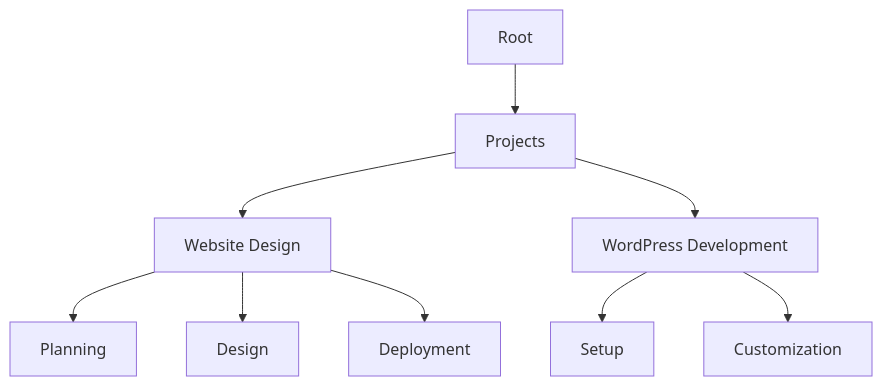
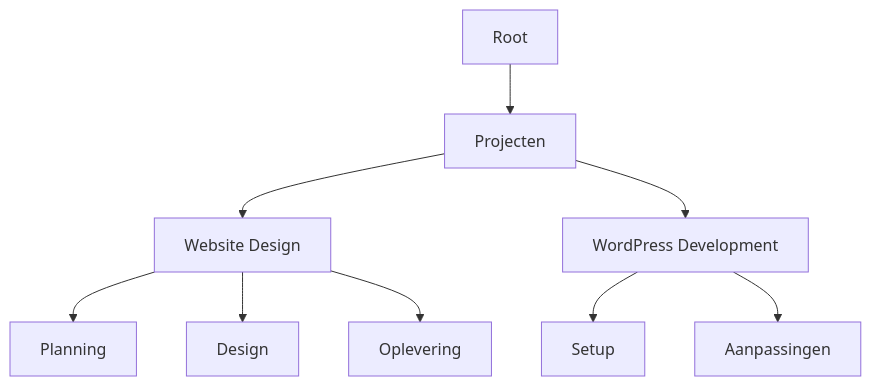
One commit to kayjilesen/documentationai-Docs changed the diagram in features.mdx. Above: the diagram before and after it, drawn with Mermaid. The commit also changed other lines of this file and 9 other files, not shown here.

````diff
--- a/features.mdx
+++ b/features.mdx
@@ -29,11 +29,11 @@
 ```mermaid
 graph TD
-    A[Root] --> B[Projects]
+    A[Root] --> B[Projecten]
     B --> C[Website Design]
     B --> D[WordPress Development]
     C --> E[Planning]
     C --> F[Design]
-    C --> G[Deployment]
+    C --> G[Oplevering]
     D --> H[Setup]
-    D --> I[Customization]
+    D --> I[Aanpassingen]
 ```
````
